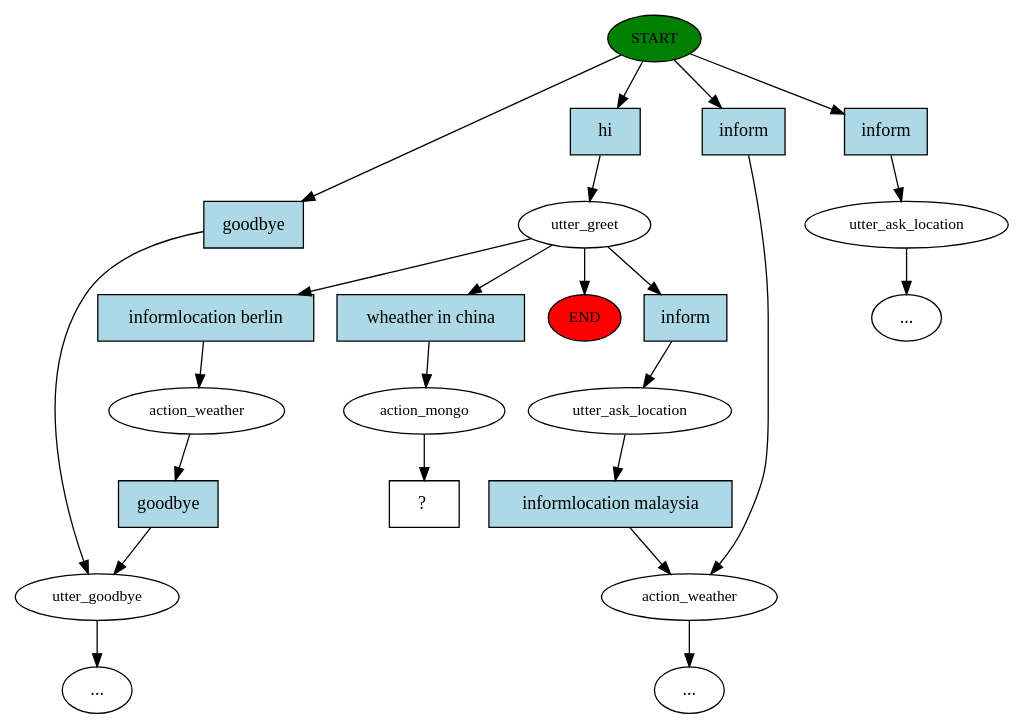
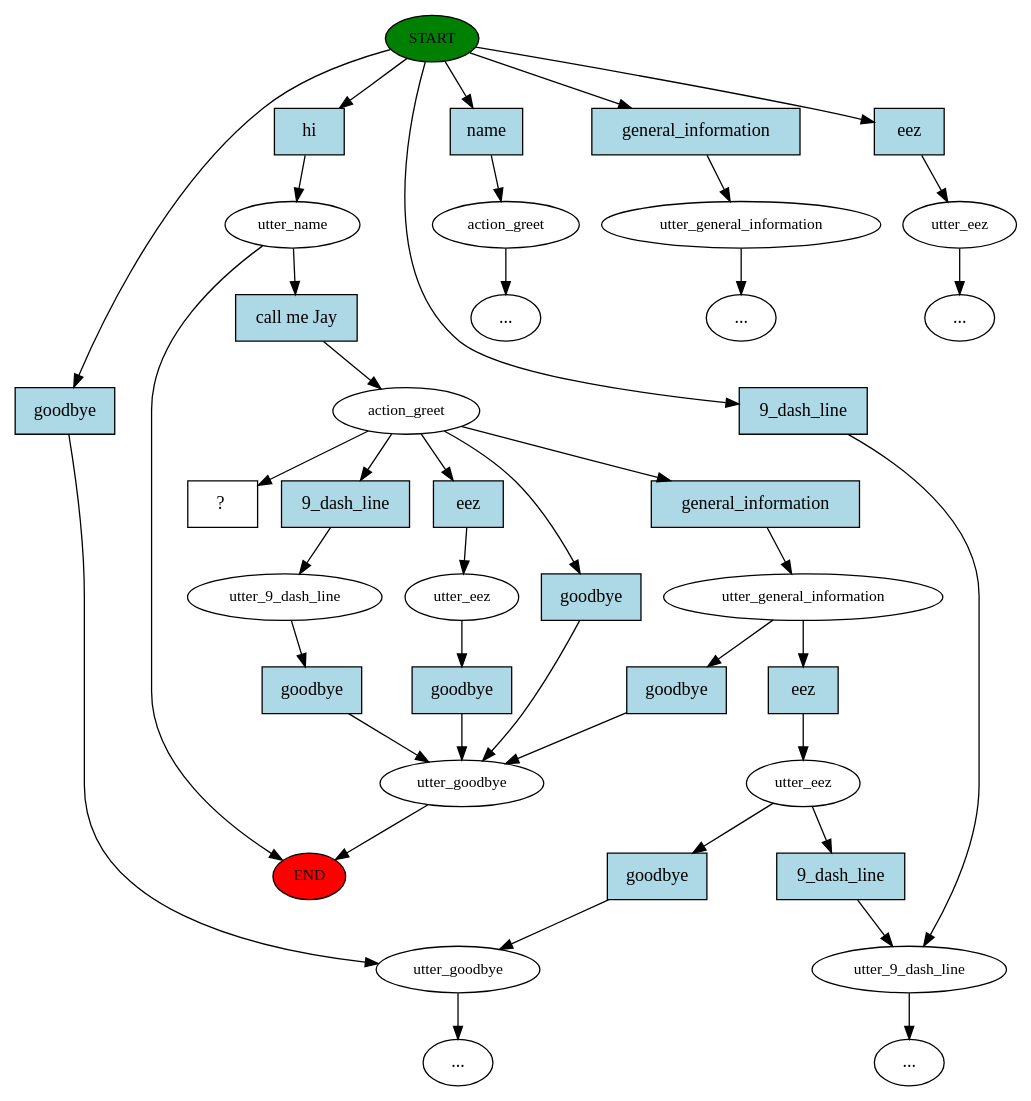
Before and after one commit to Pahyn/South-East-China-Sea-Conflict-Chatbot: the diagram in story_graph.dot, drawn with Graphviz. The commit also changed 38 other files, not shown here.

```diff
--- a/story_graph.dot
+++ b/story_graph.dot
@@ -1,47 +1,81 @@
 digraph  {
-0 [label=START, fillcolor=green, style=filled, fontsize=12, class="start active"];
-"-1" [label=END, fillcolor=red, style=filled, fontsize=12, class=end];
-1 [label=utter_greet, fontsize=12, class=active];
-2 [label=action_weather, fontsize=12, class=""];
-3 [label=utter_goodbye, fontsize=12, class=""];
-5 [label=utter_ask_location, fontsize=12, class=""];
-6 [label=action_weather, fontsize=12, class=""];
-"-5" [label="...", class=ellipsis];
-8 [label=utter_ask_location, fontsize=12, class=""];
-"-6" [label="...", class=ellipsis];
-"-7" [label="...", class=ellipsis];
-12 [label=action_mongo, fontsize=12, class=active];
-13 [label="  ?  ", shape=rect, class="intent dashed active"];
-14 [label=hi, shape=rect, style=filled, fillcolor=lightblue, class="intent active"];
-15 [label=inform, shape=rect, style=filled, fillcolor=lightblue, class=intent];
-16 [label=goodbye, shape=rect, style=filled, fillcolor=lightblue, class=intent];
-17 [label=inform, shape=rect, style=filled, fillcolor=lightblue, class=intent];
-18 [label="informlocation berlin", shape=rect, style=filled, fillcolor=lightblue, class=intent];
-19 [label=inform, shape=rect, style=filled, fillcolor=lightblue, class=intent];
-20 [label="wheather in china", shape=rect, style=filled, fillcolor=lightblue, class="intent active"];
-21 [label=goodbye, shape=rect, style=filled, fillcolor=lightblue, class=intent];
-22 [label="informlocation malaysia", shape=rect, style=filled, fillcolor=lightblue, class=intent];
-0 -> 14  [key=0, class=active];
-0 -> 15  [key=0, class=""];
-0 -> 16  [key=0, class=""];
-0 -> 17  [key=0, class=""];
-1 -> "-1"  [key=NONE, label="", class=""];
-1 -> 18  [key=0, class=""];
-1 -> 19  [key=0, class=""];
-1 -> 20  [key=0, class=active];
-2 -> 21  [key=0, class=""];
-3 -> "-7"  [key=NONE, label="", class=""];
-5 -> 22  [key=0, class=""];
-6 -> "-5"  [key=NONE, label="", class=""];
-8 -> "-6"  [key=NONE, label="", class=""];
-12 -> 13  [key=NONE, label="", class=active];
-14 -> 1  [key=0, class=active];
-15 -> 8  [key=0, class=""];
-16 -> 3  [key=0, class=""];
-17 -> 6  [key=0, class=""];
-18 -> 2  [key=0, class=""];
-19 -> 5  [key=0, class=""];
-20 -> 12  [key=0, class=active];
-21 -> 3  [key=0, class=""];
-22 -> 6  [key=0, class=""];
+0 [class="start active", fillcolor=green, fontsize=12, label=START, style=filled];
+"-1" [class=end, fillcolor=red, fontsize=12, label=END, style=filled];
+1 [class=active, fontsize=12, label=utter_name];
+2 [class="", fontsize=12, label=utter_goodbye];
+3 [class="", fontsize=12, label=action_greet];
+4 [class="", fontsize=12, label=utter_general_information];
+"-5" [class=ellipsis, label="..."];
+5 [class="", fontsize=12, label=utter_9_dash_line];
+6 [class="", fontsize=12, label=utter_eez];
+"-7" [class=ellipsis, label="..."];
+"-8" [class=ellipsis, label="..."];
+9 [class=active, fontsize=12, label=action_greet];
+10 [class="", fontsize=12, label=utter_goodbye];
+13 [class="", fontsize=12, label=utter_general_information];
+18 [class="", fontsize=12, label=utter_eez];
+"-9" [class=ellipsis, label="..."];
+22 [class="", fontsize=12, label=utter_9_dash_line];
+"-10" [class=ellipsis, label="..."];
+31 [class="", fontsize=12, label=utter_eez];
+35 [class="intent dashed active", label="  ?  ", shape=rect];
+36 [class="intent active", fillcolor=lightblue, label=hi, shape=rect, style=filled];
+37 [class=intent, fillcolor=lightblue, label=goodbye, shape=rect, style=filled];
+38 [class=intent, fillcolor=lightblue, label=name, shape=rect, style=filled];
+39 [class=intent, fillcolor=lightblue, label=general_information, shape=rect, style=filled];
+40 [class=intent, fillcolor=lightblue, label="9_dash_line", shape=rect, style=filled];
+41 [class=intent, fillcolor=lightblue, label=eez, shape=rect, style=filled];
+42 [class="intent active", fillcolor=lightblue, label="call me Jay", shape=rect, style=filled];
+43 [class=intent, fillcolor=lightblue, label=goodbye, shape=rect, style=filled];
+44 [class=intent, fillcolor=lightblue, label=general_information, shape=rect, style=filled];
+45 [class=intent, fillcolor=lightblue, label="9_dash_line", shape=rect, style=filled];
+46 [class=intent, fillcolor=lightblue, label=eez, shape=rect, style=filled];
+47 [class=intent, fillcolor=lightblue, label=goodbye, shape=rect, style=filled];
+48 [class=intent, fillcolor=lightblue, label=eez, shape=rect, style=filled];
+49 [class=intent, fillcolor=lightblue, label=goodbye, shape=rect, style=filled];
+50 [class=intent, fillcolor=lightblue, label="9_dash_line", shape=rect, style=filled];
+51 [class=intent, fillcolor=lightblue, label=goodbye, shape=rect, style=filled];
+52 [class=intent, fillcolor=lightblue, label=goodbye, shape=rect, style=filled];
+0 -> 36  [class=active, key=0];
+0 -> 37  [class="", key=0];
+0 -> 38  [class="", key=0];
+0 -> 39  [class="", key=0];
+0 -> 40  [class="", key=0];
+0 -> 41  [class="", key=0];
+1 -> "-1"  [class="", key=NONE, label=""];
+1 -> 42  [class=active, key=0];
+2 -> "-9"  [class="", key=NONE, label=""];
+3 -> "-8"  [class="", key=NONE, label=""];
+4 -> "-5"  [class="", key=NONE, label=""];
+5 -> "-10"  [class="", key=NONE, label=""];
+6 -> "-7"  [class="", key=NONE, label=""];
+9 -> 35  [class=active, key=NONE, label=""];
+9 -> 43  [class="", key=0];
+9 -> 44  [class="", key=0];
+9 -> 45  [class="", key=0];
+9 -> 46  [class="", key=0];
+10 -> "-1"  [class="", key=NONE, label=""];
+13 -> 47  [class="", key=0];
+13 -> 48  [class="", key=0];
+18 -> 49  [class="", key=0];
+18 -> 50  [class="", key=0];
+22 -> 51  [class="", key=0];
+31 -> 52  [class="", key=0];
+36 -> 1  [class=active, key=0];
+37 -> 2  [class="", key=0];
+38 -> 3  [class="", key=0];
+39 -> 4  [class="", key=0];
+40 -> 5  [class="", key=0];
+41 -> 6  [class="", key=0];
+42 -> 9  [class=active, key=0];
+43 -> 10  [class="", key=0];
+44 -> 13  [class="", key=0];
+45 -> 22  [class="", key=0];
+46 -> 31  [class="", key=0];
+47 -> 10  [class="", key=0];
+48 -> 18  [class="", key=0];
+49 -> 2  [class="", key=0];
+50 -> 5  [class="", key=0];
+51 -> 10  [class="", key=0];
+52 -> 10  [class="", key=0];
 }
```
